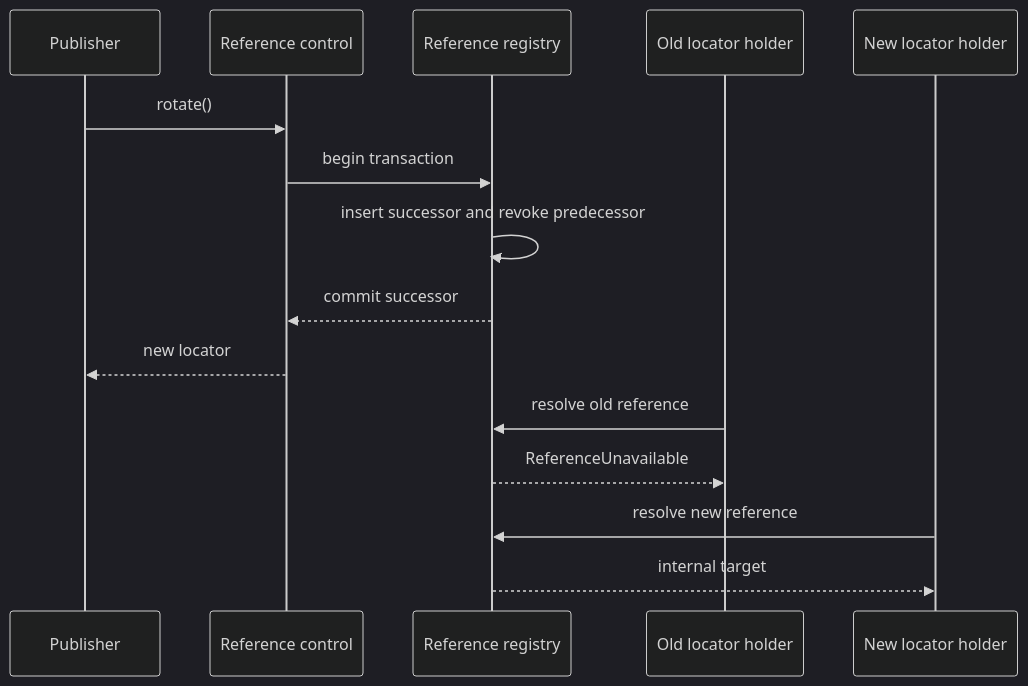
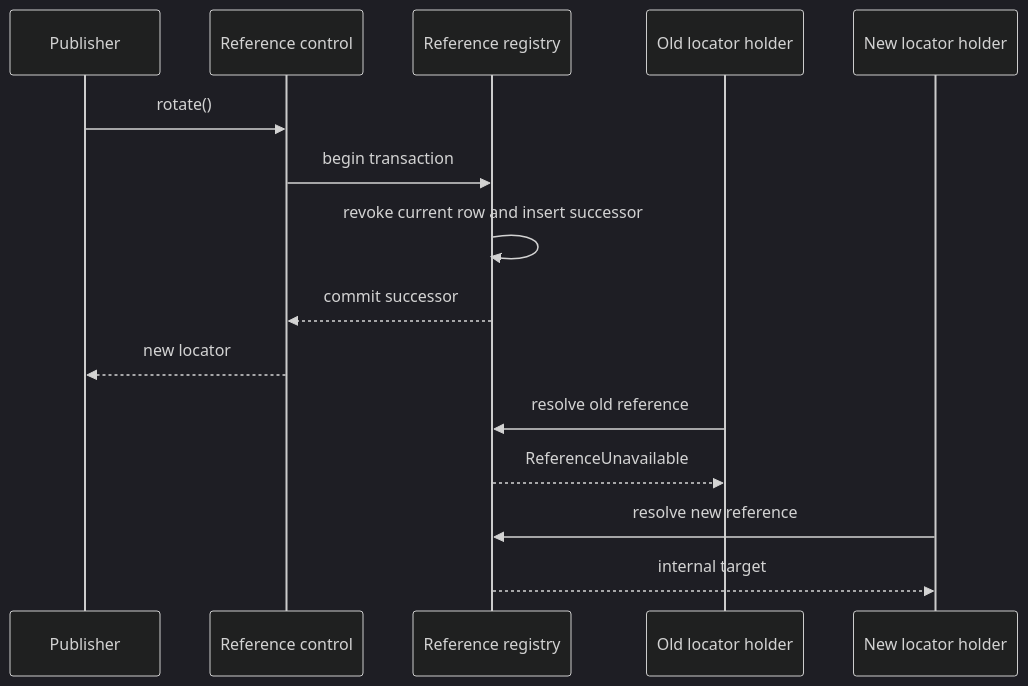
Before and after one commit to endojs/endo-but-for-bots: the second of 3 diagrams in designs/daemon-formula-identifier-indirection.md, drawn with Mermaid (dark theme). The commit also changed other lines of this file, not shown here.

````diff
--- a/designs/daemon-formula-identifier-indirection.md
+++ b/designs/daemon-formula-identifier-indirection.md
@@ -329,17 +468,17 @@
 ```mermaid
 sequenceDiagram
     participant P as Publisher
     participant C as Reference control
     participant R as Reference registry
     participant O as Old locator holder
     participant N as New locator holder
     P->>C: rotate()
     C->>R: begin transaction
-    R->>R: insert successor and revoke predecessor
+    R->>R: revoke current row and insert successor
     R-->>C: commit successor
     C-->>P: new locator
     O->>R: resolve old reference
     R-->>O: ReferenceUnavailable
     N->>R: resolve new reference
     R-->>N: internal target
 ```
````
